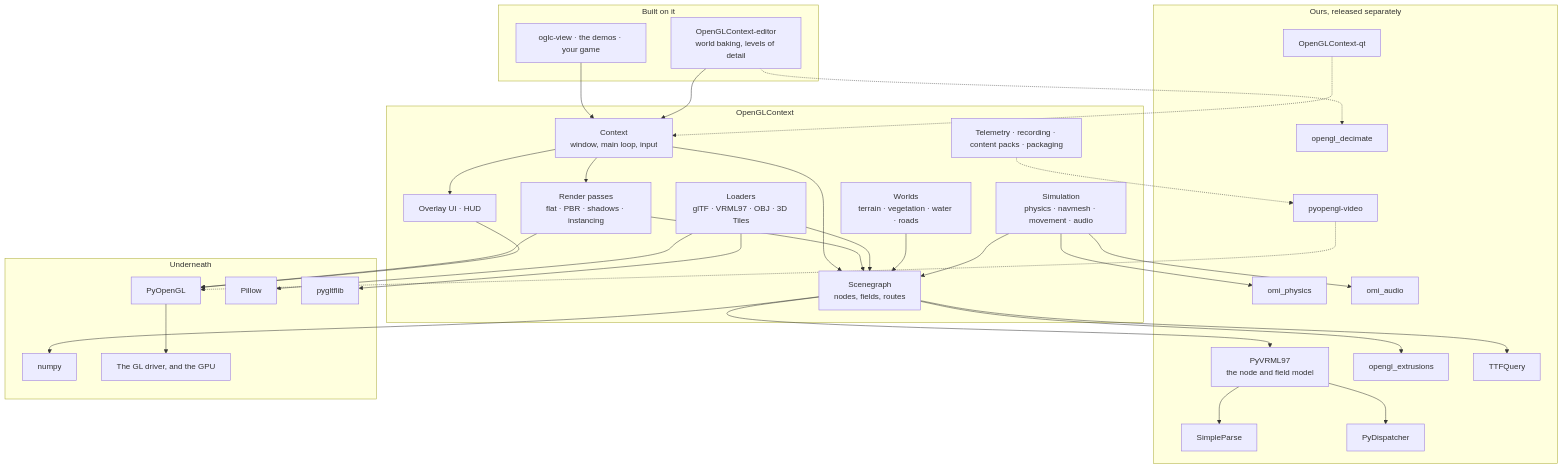
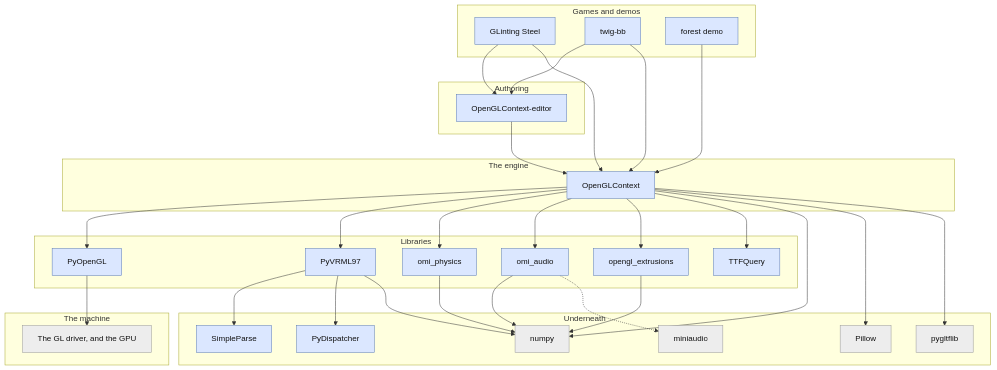
Before and after one commit to mcfletch/openglcontext: the diagram in docs/structure.rst, drawn with Mermaid. The commit also changed other lines of this file and 2 other files, not shown here.

Commit message:
DOCS The stack as a stack, and a front page that starts something
The diagram was a web of twenty-three boxes shrunk to fit the column.  It is
a layered one now: games and demos, the authoring toolkit, the engine, the
libraries under it, what is under those, and the machine — with blue for ours
and grey for somebody else's, and a dashed line for an optional extra.  The
labels are names rather than sentences, which is most of what the size was.
It parses under mermaid itself rather than only in a browser.

The front page opened with `pip install` and a model the reader has not got.
It opens with a line that runs:

    uv run --with "OpenGLContext[gltf,glfw]>=3.0.0a4" oglc-gltf-demo

which resolves from PyPI, opens a window and draws the Khronos sample
gallery, installing nothing.  Run here as written, against the released
3.0.0a4.

Claude-Session: https://claude.ai/code/session_01EwL4MtTjUQKWngW9RCBV3n

```diff
--- a/docs/structure.rst
+++ b/docs/structure.rst
@@ -10,66 +10,68 @@
 .. mermaid::
 
    flowchart TD
-       subgraph built["Built on it"]
-           apps["oglc-view · the demos · your game"]
-           editor["OpenGLContext-editor<br/>world baking, levels of detail"]
+       classDef ours fill:#dbe7ff,stroke:#5a7ab5,color:#111
+       classDef third fill:#ededed,stroke:#999999,color:#111
+
+       subgraph apps["Games and demos"]
+           glisteel["GLinting Steel"]
+           twig["twig-bb"]
+           forest["forest demo"]
        end
 
-       subgraph engine["OpenGLContext"]
-           context["Context<br/>window, main loop, input"]
-           passes["Render passes<br/>flat · PBR · shadows · instancing"]
-           scene["Scenegraph<br/>nodes, fields, routes"]
-           loaders["Loaders<br/>glTF · VRML97 · OBJ · 3D Tiles"]
-           world["Worlds<br/>terrain · vegetation · water · roads"]
-           sim["Simulation<br/>physics · navmesh · movement · audio"]
-           ui["Overlay UI · HUD"]
-           ship["Telemetry · recording · content packs · packaging"]
+       subgraph authoring["Authoring"]
+           editor["OpenGLContext-editor"]
        end
 
-       subgraph ours["Ours, released separately"]
-           vrml["PyVRML97<br/>the node and field model"]
+       subgraph engine["The engine"]
+           oglc["OpenGLContext"]
+       end
+
+       subgraph libs["Libraries"]
+           pyopengl["PyOpenGL"]
+           vrml["PyVRML97"]
            omip["omi_physics"]
            omia["omi_audio"]
            ext["opengl_extrusions"]
-           dec["opengl_decimate"]
            ttf["TTFQuery"]
+       end
+
+       subgraph base["Underneath"]
            simple["SimpleParse"]
            dispatch["PyDispatcher"]
-           video["pyopengl-video"]
-           qt["OpenGLContext-qt"]
-       end
-
-       subgraph under["Underneath"]
-           pyopengl["PyOpenGL"]
            numpy["numpy"]
            pillow["Pillow"]
            gltflib["pygltflib"]
+           miniaudio["miniaudio"]
+       end
+
+       subgraph metal["The machine"]
            driver["The GL driver, and the GPU"]
        end
 
-       apps --> context
-       editor --> context
-       editor -.-> dec
-       qt -.-> context
-       context --> passes
-       context --> ui
-       context --> scene
-       passes --> scene
-       loaders --> scene
-       world --> scene
-       sim --> scene
-       scene --> vrml
-       scene --> ext
-       scene --> ttf
+       glisteel --> editor
+       glisteel --> oglc
+       twig --> editor
+       twig --> oglc
+       forest --> oglc
+       editor --> oglc
+       oglc --> pyopengl
+       oglc --> vrml
+       oglc --> omip
+       oglc --> omia
+       oglc --> ext
+       oglc --> ttf
+       oglc --> numpy
+       oglc --> pillow
+       oglc --> gltflib
+       vrml --> simple
        vrml --> dispatch
-       vrml --> simple
-       sim --> omip
-       sim --> omia
-       loaders --> gltflib
-       loaders --> pillow
-       ship -.-> video
-       passes --> pyopengl
-       ui --> pyopengl
-       scene --> numpy
-       video -.-> pyopengl
+       vrml --> numpy
+       omip --> numpy
+       omia --> numpy
+       omia -.-> miniaudio
+       ext --> numpy
        pyopengl --> driver
+
+       class glisteel,twig,forest,editor,oglc,pyopengl,vrml,omip,omia,ext,ttf,simple,dispatch ours
+       class numpy,pillow,gltflib,miniaudio,driver third
```
